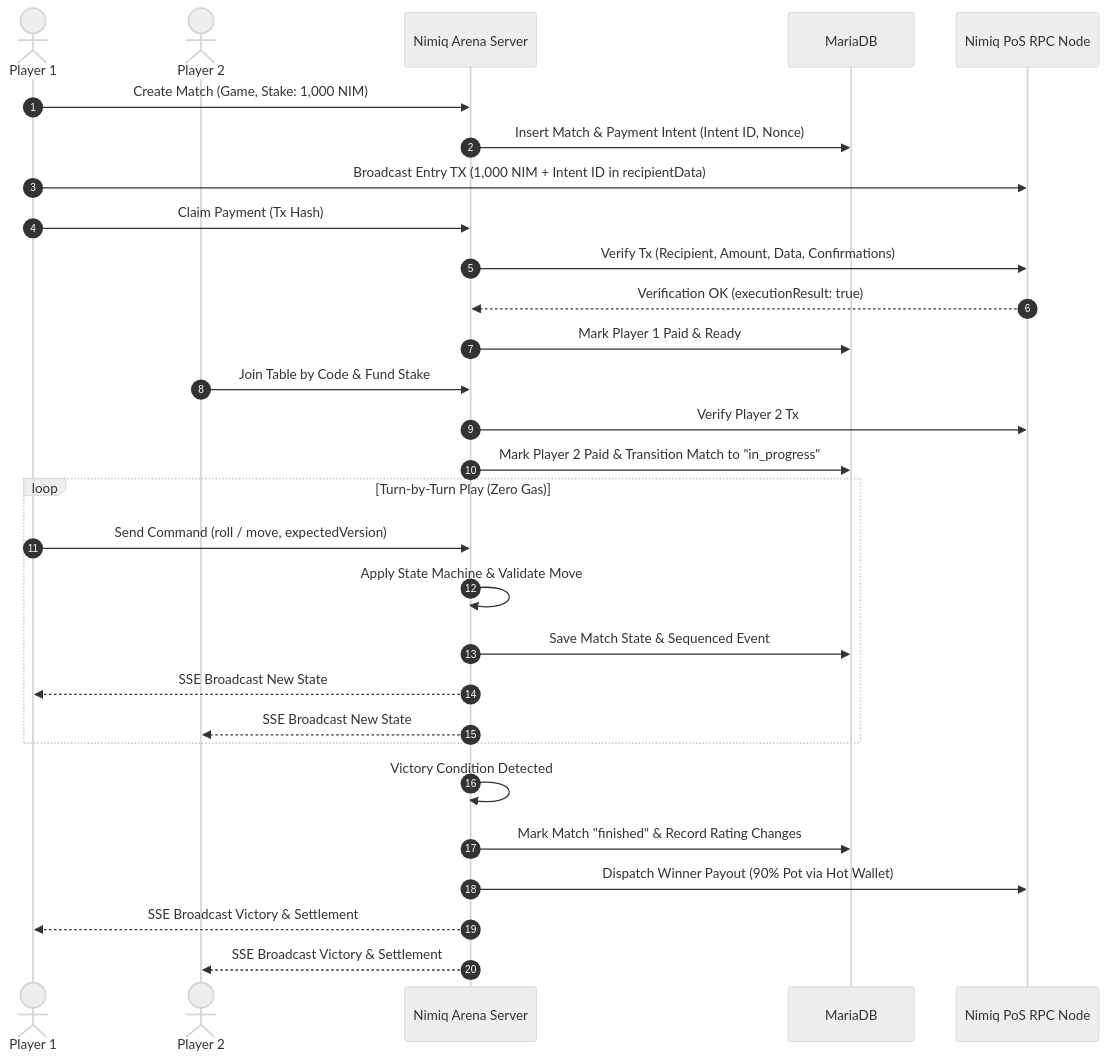
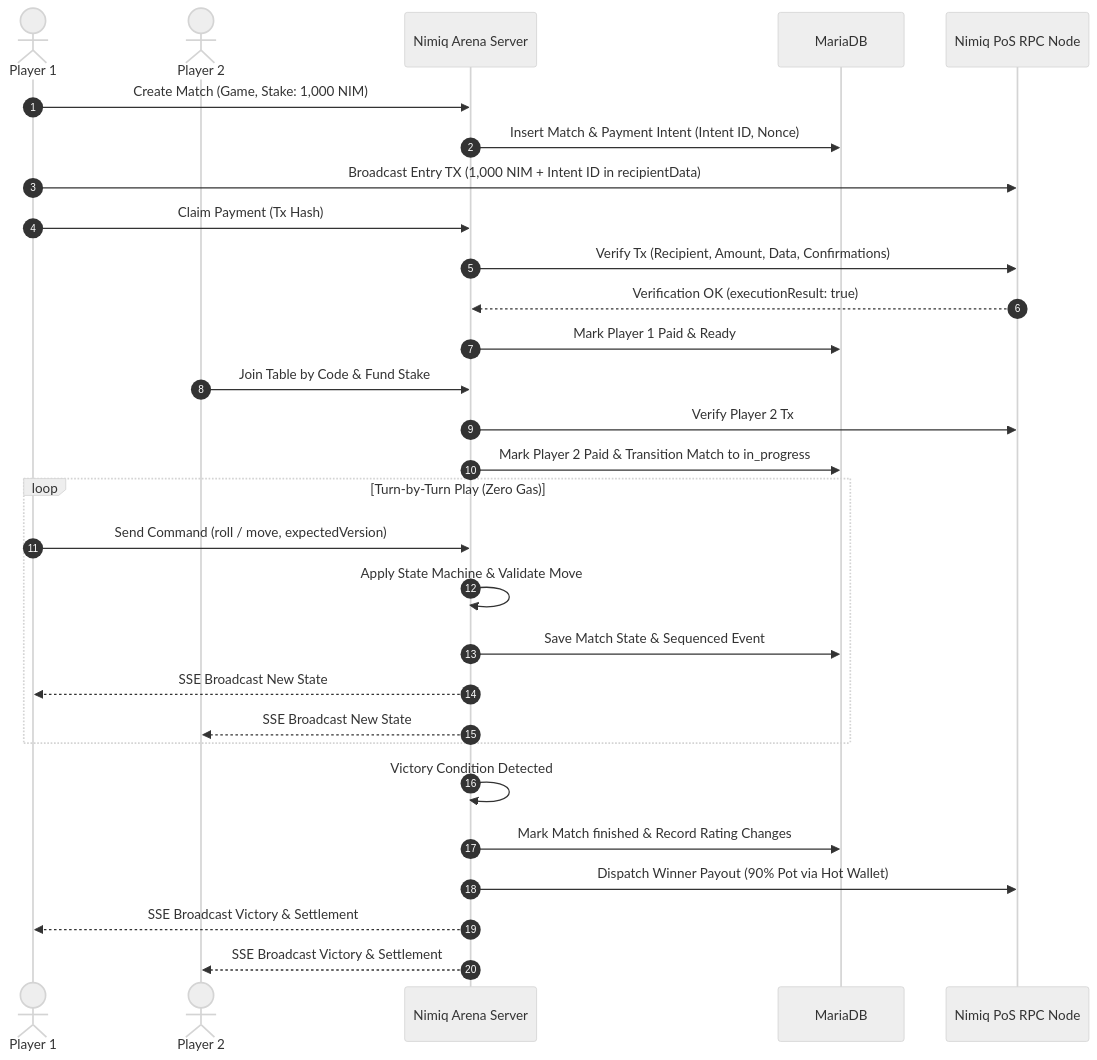
One commit to 0xaje/NimiqArena changed the first of 2 diagrams in README.md. Above: the diagram before and after it, drawn with Mermaid (neutral theme). The commit also changed other lines of this file, not shown here.

Commit message:
fix(docs): resolve GitHub Mermaid diagram rendering syntax

````diff
--- a/README.md
+++ b/README.md
@@ -102,35 +102,35 @@
 ```mermaid
 sequenceDiagram
     autonumber
-    actor Player 1
-    actor Player 2
+    actor P1 as Player 1
+    actor P2 as Player 2
     participant Arena as Nimiq Arena Server
     participant DB as MariaDB
     participant RPC as Nimiq PoS RPC Node
 
-    Player 1->>Arena: Create Match (Game, Stake: 1,000 NIM)
+    P1->>Arena: Create Match (Game, Stake: 1,000 NIM)
     Arena->>DB: Insert Match & Payment Intent (Intent ID, Nonce)
-    Player 1->>RPC: Broadcast Entry TX (1,000 NIM + Intent ID in recipientData)
-    Player 1->>Arena: Claim Payment (Tx Hash)
+    P1->>RPC: Broadcast Entry TX (1,000 NIM + Intent ID in recipientData)
+    P1->>Arena: Claim Payment (Tx Hash)
     Arena->>RPC: Verify Tx (Recipient, Amount, Data, Confirmations)
     RPC-->>Arena: Verification OK (executionResult: true)
     Arena->>DB: Mark Player 1 Paid & Ready
 
-    Player 2->>Arena: Join Table by Code & Fund Stake
+    P2->>Arena: Join Table by Code & Fund Stake
     Arena->>RPC: Verify Player 2 Tx
-    Arena->>DB: Mark Player 2 Paid & Transition Match to "in_progress"
+    Arena->>DB: Mark Player 2 Paid & Transition Match to in_progress
 
     loop Turn-by-Turn Play (Zero Gas)
-        Player 1->>Arena: Send Command (roll / move, expectedVersion)
+        P1->>Arena: Send Command (roll / move, expectedVersion)
         Arena->>Arena: Apply State Machine & Validate Move
         Arena->>DB: Save Match State & Sequenced Event
-        Arena-->>Player 1: SSE Broadcast New State
-        Arena-->>Player 2: SSE Broadcast New State
+        Arena-->>P1: SSE Broadcast New State
+        Arena-->>P2: SSE Broadcast New State
     end
 
     Arena->>Arena: Victory Condition Detected
-    Arena->>DB: Mark Match "finished" & Record Rating Changes
+    Arena->>DB: Mark Match finished & Record Rating Changes
     Arena->>RPC: Dispatch Winner Payout (90% Pot via Hot Wallet)
-    Arena-->>Player 1: SSE Broadcast Victory & Settlement
-    Arena-->>Player 2: SSE Broadcast Victory & Settlement
+    Arena-->>P1: SSE Broadcast Victory & Settlement
+    Arena-->>P2: SSE Broadcast Victory & Settlement
 ```
````
